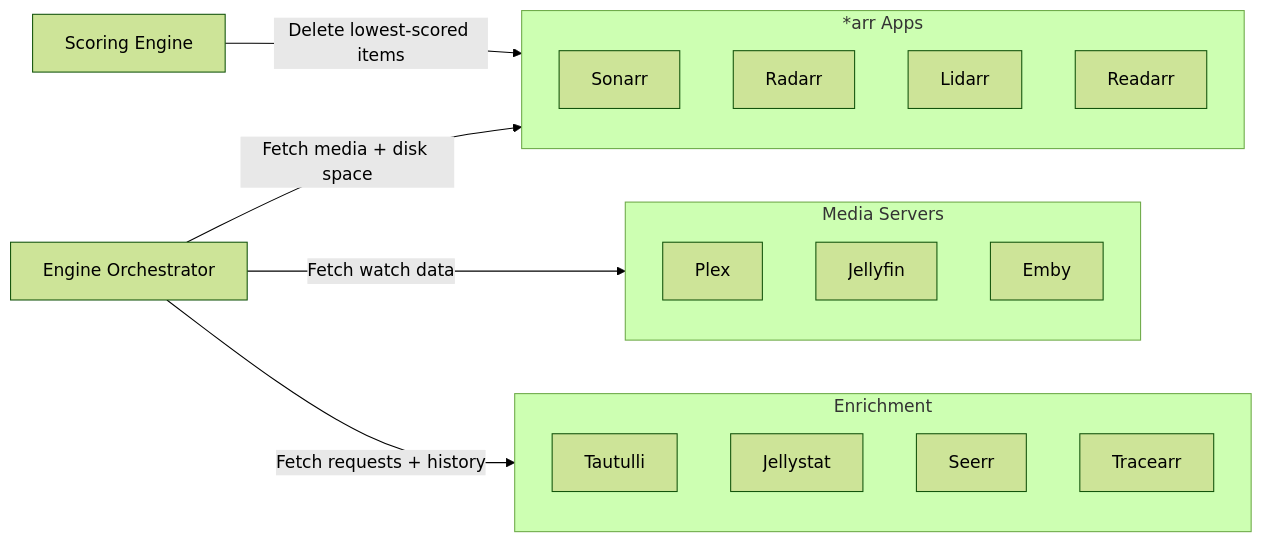
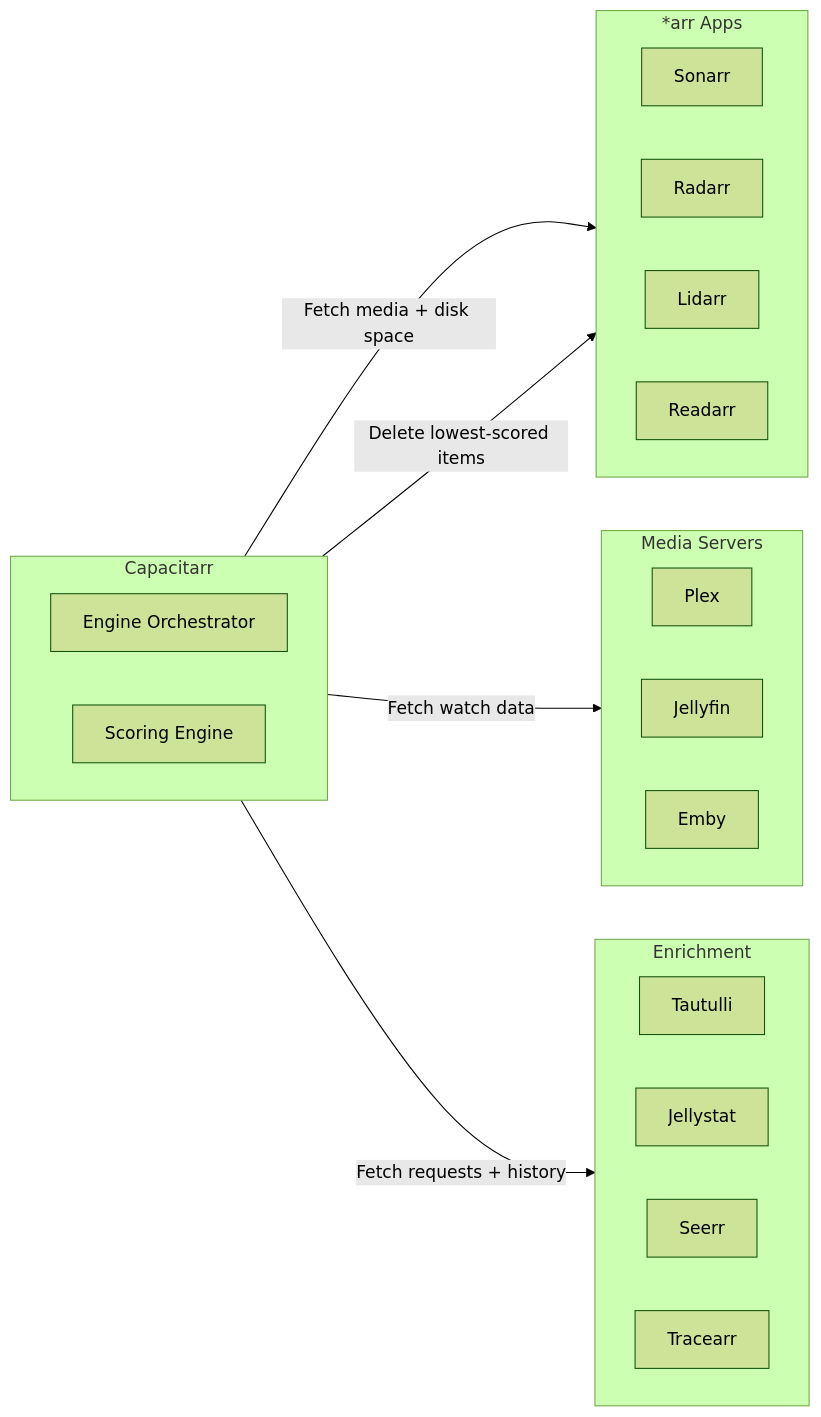
One commit to Wesleyl89/capacitarr changed the second of 6 diagrams in docs/reference/architecture.md. Above: the diagram before and after it, drawn with Mermaid (forest theme). The commit also changed other lines of this file and 50 other files, not shown here.

````diff
--- a/docs/reference/architecture.md
+++ b/docs/reference/architecture.md
@@ -34,30 +41,36 @@
 ```mermaid
 flowchart LR
-    POLLER["Engine Orchestrator"]
-    ENGINE["Scoring Engine"]
+    subgraph CAPACITARR["Capacitarr"]
+        direction LR
+        POLLER["Engine Orchestrator"]
+        ENGINE["Scoring Engine"]
+    end
 
     subgraph ARR_APPS["*arr Apps"]
+        direction LR
         SONARR["Sonarr"]
         RADARR["Radarr"]
         LIDARR["Lidarr"]
         READARR["Readarr"]
     end
 
     subgraph MEDIA_SERVERS["Media Servers"]
+        direction LR
         PLEX["Plex"]
         JELLYFIN["Jellyfin"]
         EMBY["Emby"]
     end
 
     subgraph ENRICHMENT["Enrichment"]
+        direction LR
         TAUTULLI["Tautulli"]
         JELLYSTAT["Jellystat"]
         SEERR["Seerr"]
         TRACEARR["Tracearr"]
     end
 
     POLLER -->|"Fetch media + disk space"| ARR_APPS
     POLLER -->|"Fetch watch data"| MEDIA_SERVERS
     POLLER -->|"Fetch requests + history"| ENRICHMENT
     ENGINE -->|"Delete lowest-scored items"| ARR_APPS
 ```
````
